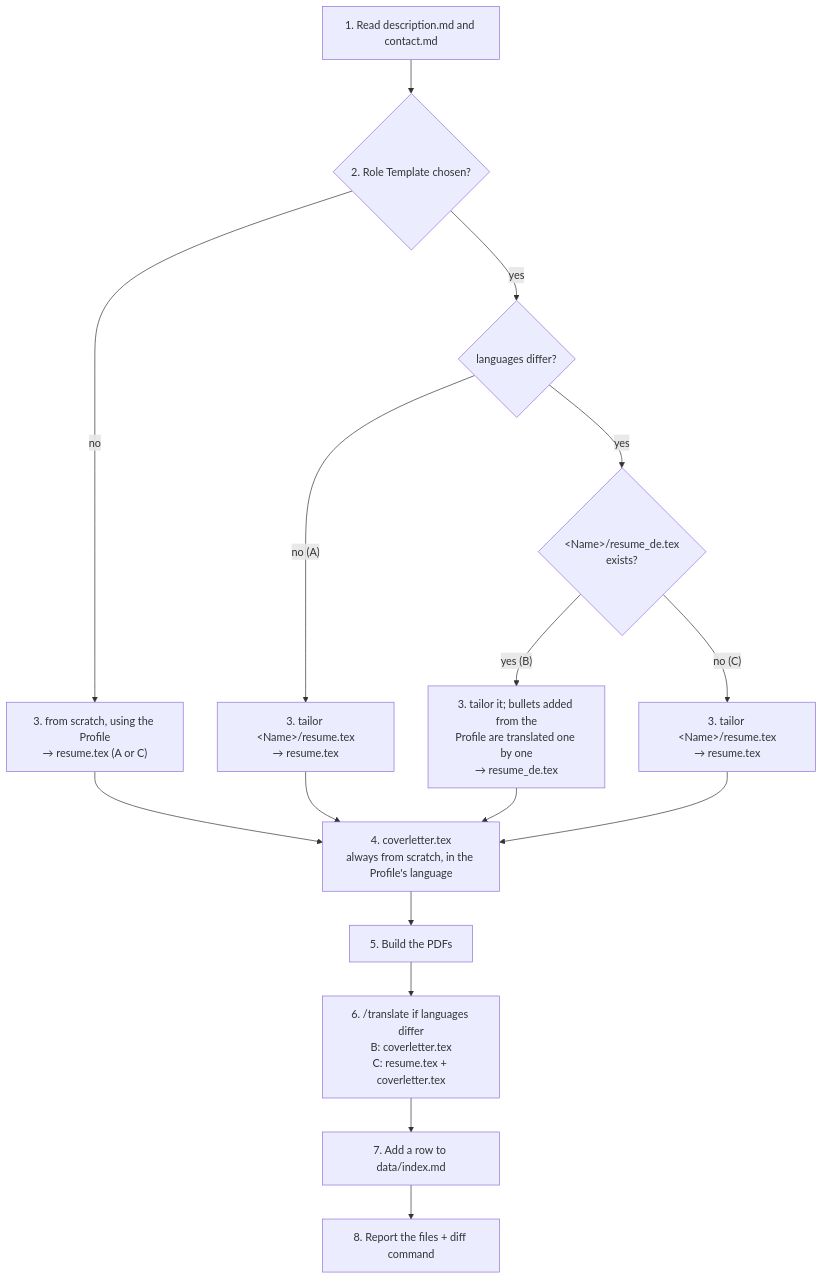
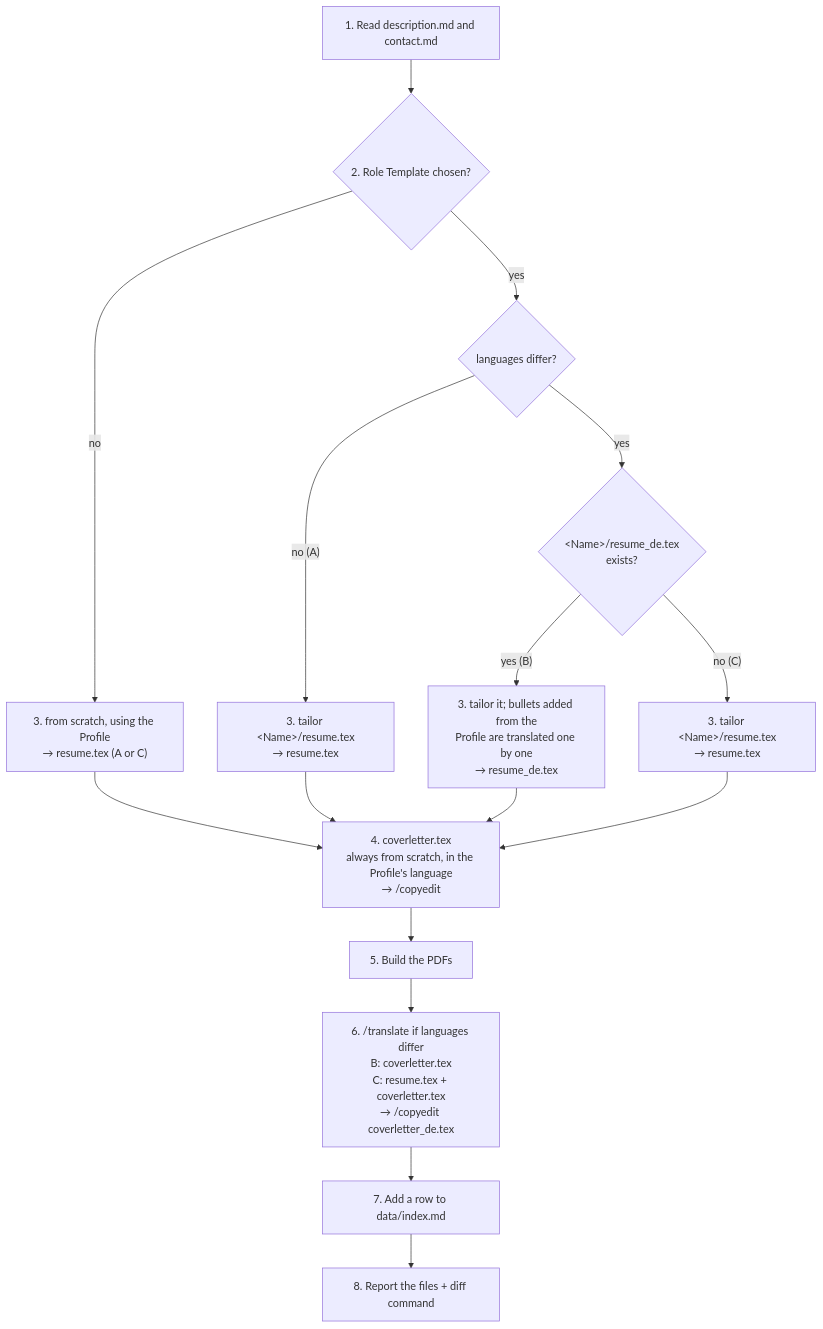
Before and after one commit to raadon96/expressive-resume-ai: the diagram in .claude/commands/create-application.md, drawn with Mermaid. The commit also changed other lines of this file and 7 other files, not shown here.

````diff
--- a/.claude/commands/create-application.md
+++ b/.claude/commands/create-application.md
@@ -15,15 +15,15 @@
 ```mermaid
 flowchart TD
     S1["1. Read description.md and contact.md"] --> T{"2. Role Template chosen?"}
     T -- no --> BS["3. from scratch, using the Profile<br/>→ resume.tex (A or C)"]
     T -- yes --> L1{"languages differ?"}
     L1 -- "no (A)" --> A["3. tailor &lt;Name&gt;/resume.tex<br/>→ resume.tex"]
     L1 -- yes --> DE{"&lt;Name&gt;/resume_de.tex<br/>exists?"}
     DE -- "yes (B)" --> B["3. tailor it; bullets added from the<br/>Profile are translated one by one<br/>→ resume_de.tex"]
     DE -- "no (C)" --> C["3. tailor &lt;Name&gt;/resume.tex<br/>→ resume.tex"]
-    BS & A & B & C --> S4["4. coverletter.tex<br/>always from scratch, in the Profile's language"]
+    BS & A & B & C --> S4["4. coverletter.tex<br/>always from scratch, in the Profile's language<br/>→ /copyedit"]
     S4 --> S5["5. Build the PDFs"]
-    S5 --> S6["6. /translate if languages differ<br/>B: coverletter.tex<br/>C: resume.tex + coverletter.tex"]
+    S5 --> S6["6. /translate if languages differ<br/>B: coverletter.tex<br/>C: resume.tex + coverletter.tex<br/>→ /copyedit coverletter_de.tex"]
     S6 --> S7["7. Add a row to data/index.md"]
     S7 --> S8["8. Report the files + diff command"]
 ```
````
